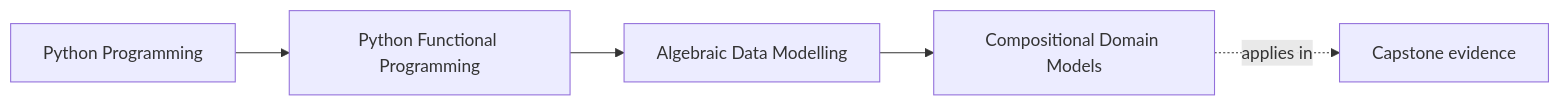
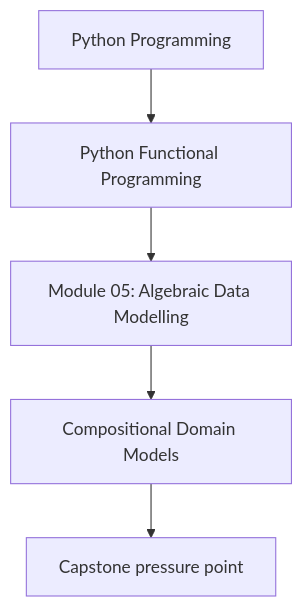
Before and after one commit to bijux/bijux-masterclass: the first of 2 diagrams in programs/python-programming/python-functional-programming/course-book/module-05-algebraic-data-modelling/compositional-domain-models.md, drawn with Mermaid. The commit also changed other lines of this file and 118 other files, not shown here.

Commit message:
docs(python-functional-programming): align concept page diagrams

````diff
--- a/programs/python-programming/python-functional-programming/course-book/module-05-algebraic-data-modelling/compositional-domain-models.md
+++ b/programs/python-programming/python-functional-programming/course-book/module-05-algebraic-data-modelling/compositional-domain-models.md
@@ -7,11 +7,7 @@
 ```mermaid
-graph LR
-  family["Python Programming"]
-  program["Python Functional Programming"]
-  section["Algebraic Data Modelling"]
-  page["Compositional Domain Models"]
-  capstone["Capstone evidence"]
-
-  family --> program --> section --> page
-  page -.applies in.-> capstone
+flowchart TD
+  family["Python Programming"] --> program["Python Functional Programming"]
+  program --> module["Module 05: Algebraic Data Modelling"]
+  module --> concept["Compositional Domain Models"]
+  concept --> capstone["Capstone pressure point"]
 ```
````
